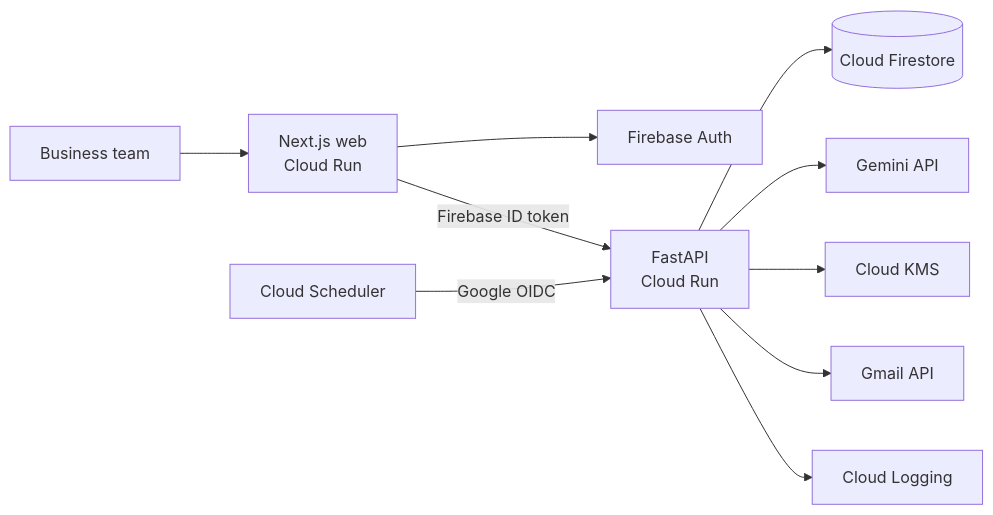
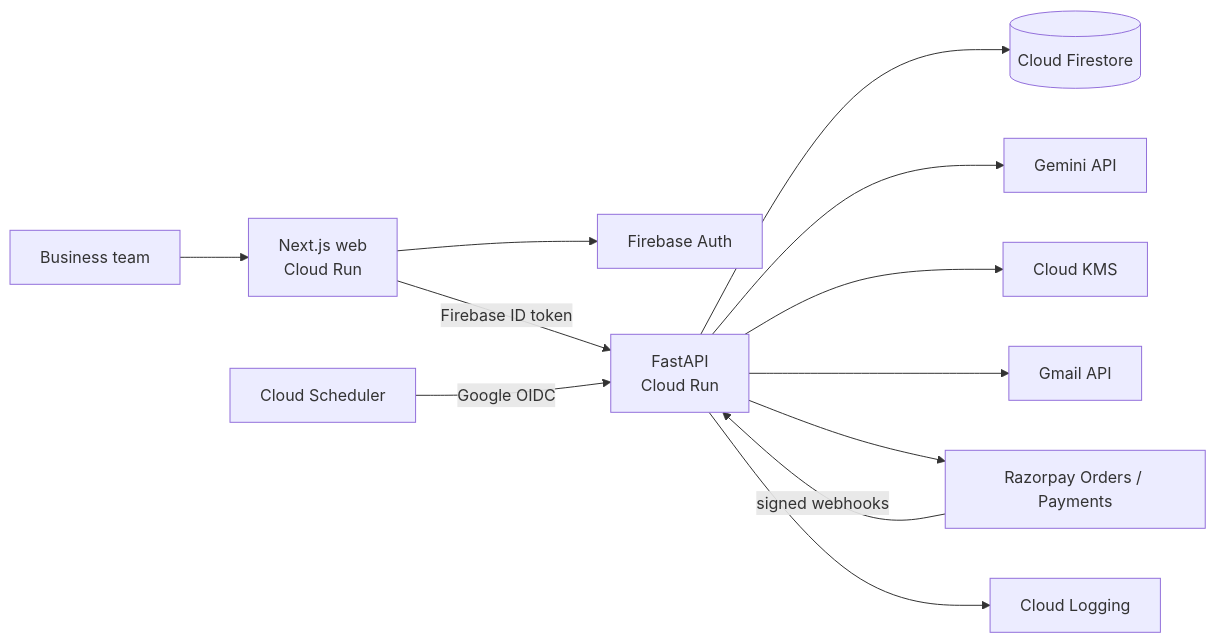
Before and after one commit to ankit-21310/cashsathi: the diagram in README.md, drawn with Mermaid. The commit also changed other lines of this file and 37 other files, not shown here.

````diff
--- a/README.md
+++ b/README.md
@@ -104,12 +108,14 @@
 ```mermaid
 flowchart LR
     U[Business team] --> W[Next.js web<br/>Cloud Run]
     W --> I[Firebase Auth]
     W -->|Firebase ID token| A[FastAPI<br/>Cloud Run]
     A --> F[(Cloud Firestore)]
     A --> G[Gemini API]
     A --> K[Cloud KMS]
     A --> M[Gmail API]
+    A --> R[Razorpay Orders / Payments]
+    R -->|signed webhooks| A
     S[Cloud Scheduler] -->|Google OIDC| A
     A --> L[Cloud Logging]
 ```
````
